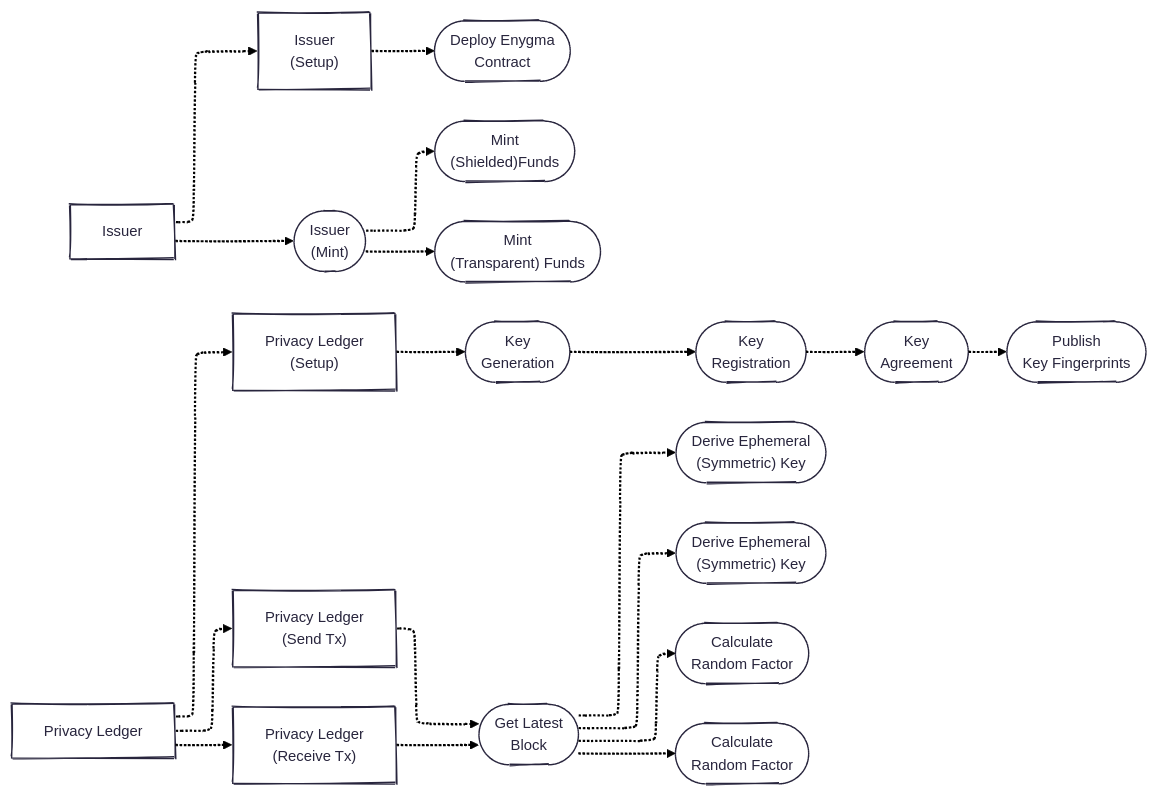
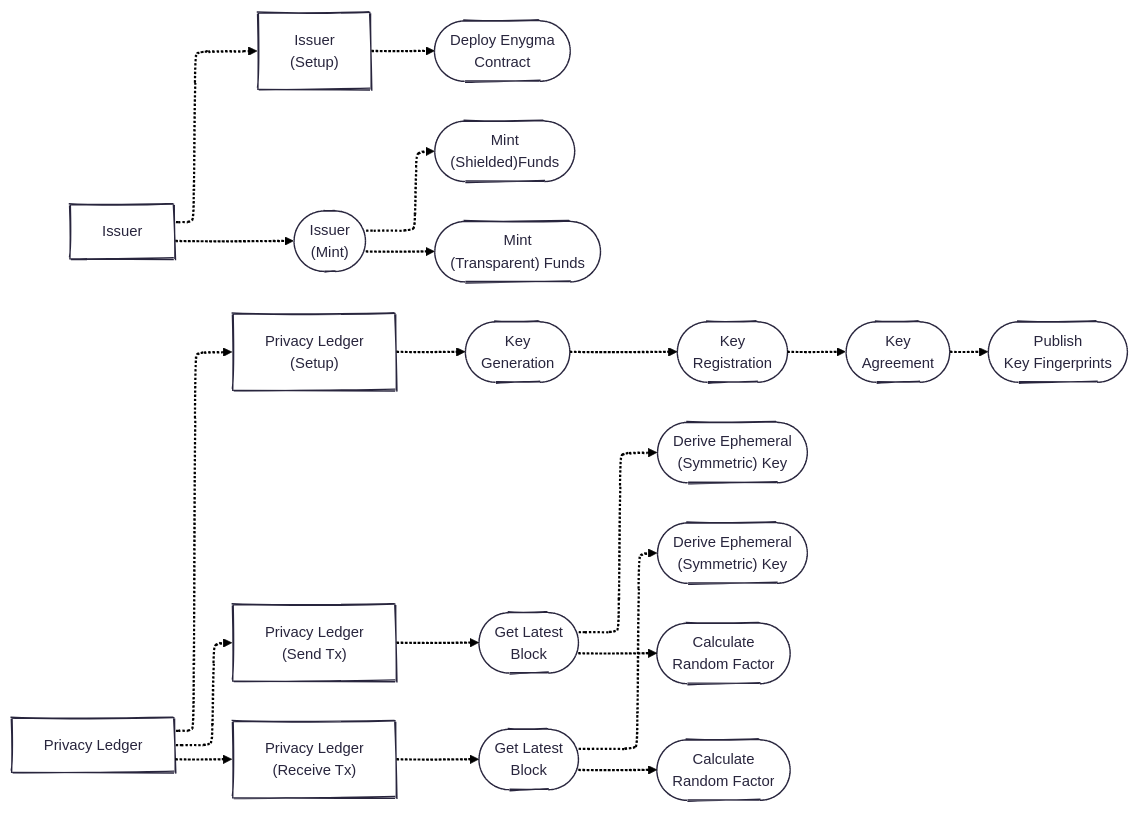
Before and after one commit to raylsnetwork/Enygma: the second of 3 diagrams in enygma_payments/README.md, drawn with Mermaid.

Commit message:
Update block retrieval methods in README

````diff
--- a/enygma_payments/README.md
+++ b/enygma_payments/README.md
@@ -52,43 +52,44 @@
 ```mermaid
 ---
 config:
   theme: redux
   layout: elk
   look: handDrawn
 ---
 flowchart LR
     issuer["Issuer"]
     i_setup["Issuer<br>(Setup)"]
     deploy(["Deploy Enygma<br>Contract"])
 
     i_mint(["Issuer<br>(Mint)"])
     mint_shield(["Mint<br>(Shielded)Funds"])
     mint_transparent(["Mint<br>(Transparent) Funds"])
 
     pl["Privacy Ledger"]
     pl_setup["Privacy Ledger<br>(Setup)"]
     keygen(["Key<br>Generation"])
     register(["Key<br>Registration"])
     kem(["Key<br>Agreement"])
     publish(["Publish<br>Key Fingerprints"])
 
     pl_send["Privacy Ledger<br>(Send Tx)"]
-    getblock(["Get Latest<br>Block"])
+    getblock_send(["Get Latest<br>Block"])
+    getblock_receive(["Get Latest<br>Block"])
     derivesendkey(["Derive Ephemeral<br>(Symmetric) Key"])
     derivereceivekey(["Derive Ephemeral<br>(Symmetric) Key"])
     calcR_send(["Calculate<br>Random Factor"])
     calcR_receive(["Calculate<br>Random Factor"])
 
     pl_receive["Privacy Ledger<br>(Receive Tx)"]
 
 
     issuer -.-> i_setup & i_mint
     i_setup -.-> deploy
     i_mint -.-> mint_shield & mint_transparent
 
     pl -.-> pl_setup & pl_send & pl_receive
 
     pl_setup -.-> keygen -.-> register -.-> kem -.-> publish
-    pl_send -.-> getblock -.-> derivesendkey & calcR_send
-    pl_receive -.-> getblock -.-> derivereceivekey & calcR_receive
+    pl_send -.-> getblock_send -.-> derivesendkey & calcR_send
+    pl_receive -.-> getblock_receive -.-> derivereceivekey & calcR_receive
 ```
````
